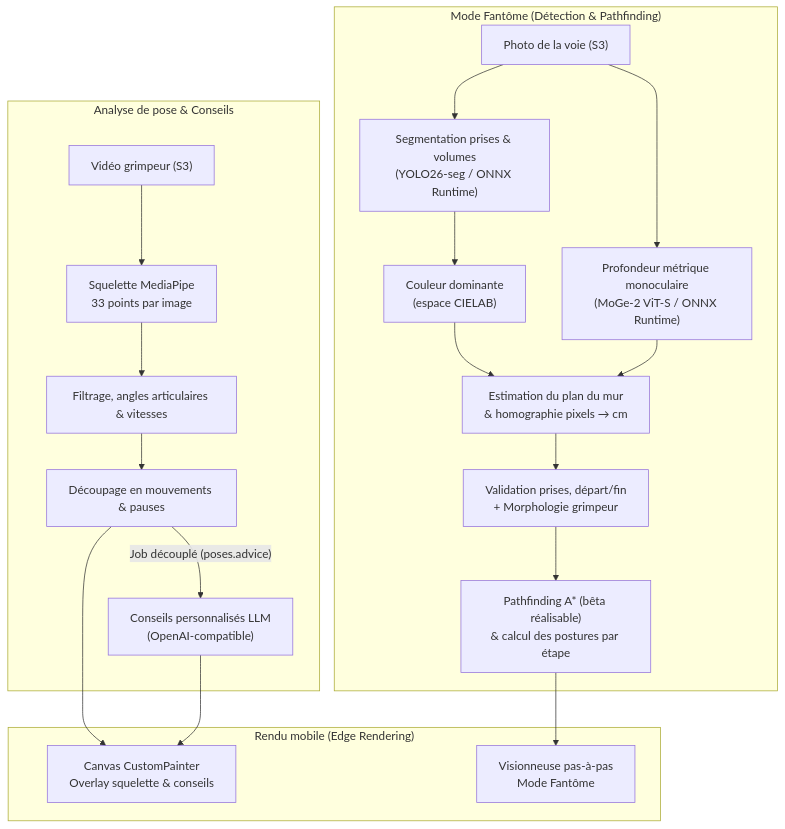
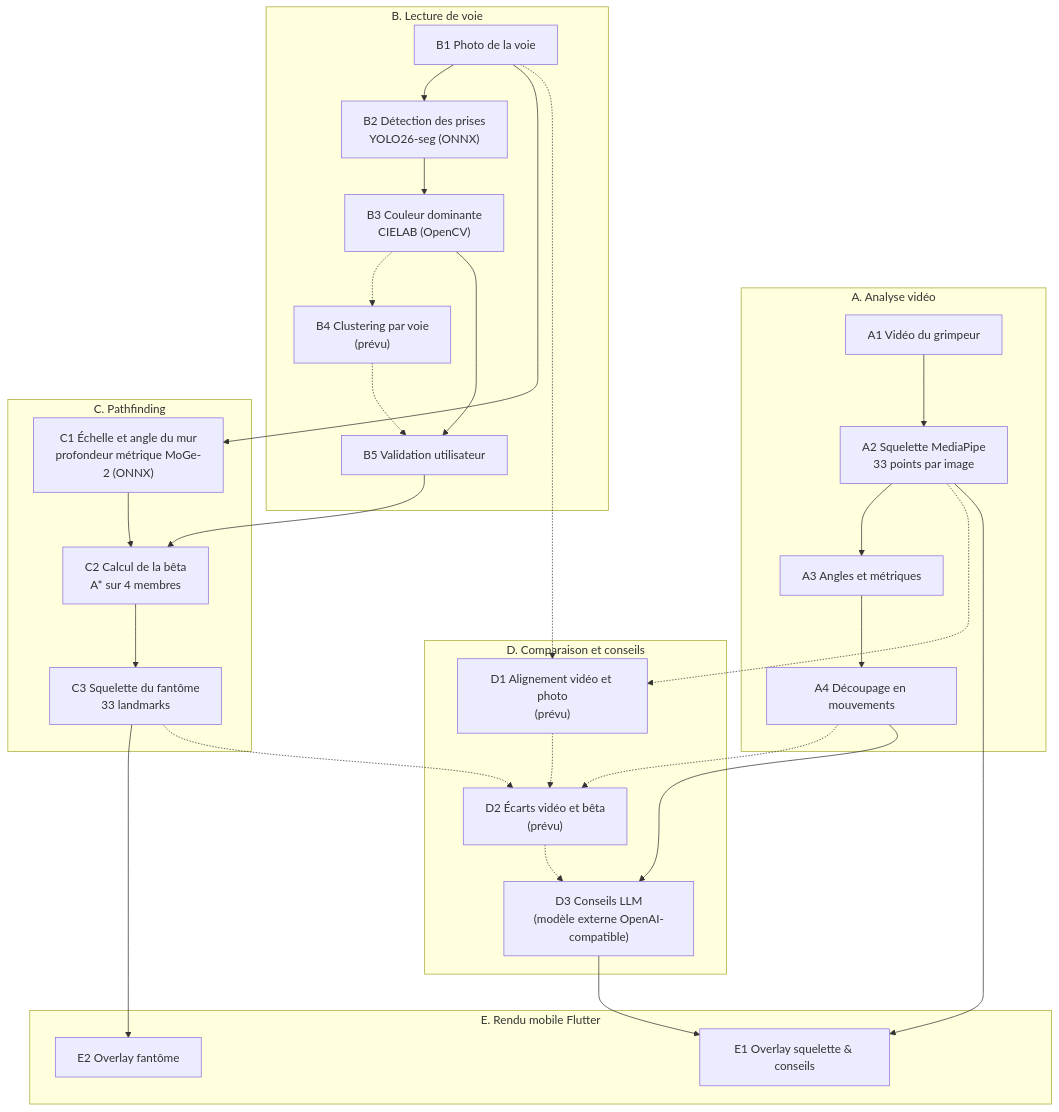
One commit to Ascension-EIP/Ascension changed the fifth of 5 diagrams in docs/Ascension/administrative/eip-objectives-delivery/mandatory-2/architecture-and-data-diagrams.md. Above: the diagram before and after it, drawn with Mermaid. The commit also changed other lines of this file, not shown here.

Commit message:
docs: update "architecture-and-data-diagrams"

````diff
--- a/docs/Ascension/administrative/eip-objectives-delivery/mandatory-2/architecture-and-data-diagrams.md
+++ b/docs/Ascension/administrative/eip-objectives-delivery/mandatory-2/architecture-and-data-diagrams.md
@@ -285,28 +285,42 @@
 ```mermaid
 flowchart TD
-    subgraph A ["Analyse de pose & Conseils"]
-        A1["Vidéo grimpeur (S3)"] --> A2["Squelette MediaPipe<br/>33 points par image"]
-        A2 --> A3["Filtrage, angles articulaires & vitesses"]
-        A3 --> A4["Découpage en mouvements & pauses"]
-        A4 -->|"Job découplé (poses.advice)"| A5["Conseils personnalisés LLM<br/>(OpenAI-compatible)"]
+    subgraph A ["A. Analyse vidéo"]
+        A1["A1 Vidéo du grimpeur"] --> A2["A2 Squelette MediaPipe<br/>33 points par image"]
+        A2 --> A3["A3 Angles et métriques"]
+        A3 --> A4["A4 Découpage en mouvements"]
     end
 
-    subgraph B ["Mode Fantôme (Détection & Pathfinding)"]
-        B1["Photo de la voie (S3)"] --> B2["Segmentation prises & volumes<br/>(YOLO26-seg / ONNX Runtime)"]
-        B2 --> B3["Couleur dominante<br/>(espace CIELAB)"]
-        B1 --> B4["Profondeur métrique monoculaire<br/>(MoGe-2 ViT-S / ONNX Runtime)"]
-        B3 --> B5["Estimation du plan du mur<br/>& homographie pixels → cm"]
-        B4 --> B5
-        B5 --> B6["Validation prises, départ/fin<br/>+ Morphologie grimpeur"]
-        B6 --> B7["Pathfinding A* (bêta réalisable)<br/>& calcul des postures par étape"]
+    subgraph B ["B. Lecture de voie"]
+        B1["B1 Photo de la voie"] --> B2["B2 Détection des prises<br/>YOLO26-seg (ONNX)"]
+        B2 --> B3["B3 Couleur dominante<br/>CIELAB (OpenCV)"]
+        B3 -.-> B4["B4 Clustering par voie<br/>(prévu)"]
+        B4 -.-> B5["B5 Validation utilisateur"]
+        B3 --> B5
     end
 
-    subgraph C ["Rendu mobile (Edge Rendering)"]
-        C1["Canvas CustomPainter<br/>Overlay squelette & conseils"]
-        C2["Visionneuse pas-à-pas<br/>Mode Fantôme"]
+    subgraph C ["C. Pathfinding"]
+        C1["C1 Échelle et angle du mur<br/>profondeur métrique MoGe-2 (ONNX)"] --> C2["C2 Calcul de la bêta<br/>A* sur 4 membres"]
+        C2 --> C3["C3 Squelette du fantôme<br/>33 landmarks"]
     end
 
-    A4 --> C1
-    A5 --> C1
-    B7 --> C2
+    subgraph D ["D. Comparaison et conseils"]
+        D1["D1 Alignement vidéo et photo<br/>(prévu)"] -.-> D2["D2 Écarts vidéo et bêta<br/>(prévu)"]
+        D2 -.-> D3["D3 Conseils LLM<br/>(modèle externe OpenAI-compatible)"]
+    end
+
+    subgraph E ["E. Rendu mobile Flutter"]
+        E1["E1 Overlay squelette & conseils"]
+        E2["E2 Overlay fantôme"]
+    end
+
+    B1 --> C1
+    B5 --> C2
+    C3 --> E2
+    C3 -.-> D2
+    A4 -.-> D2
+    A4 --> D3
+    A2 -.-> D1
+    B1 -.-> D1
+    A2 --> E1
+    D3 --> E1
 ```
````
